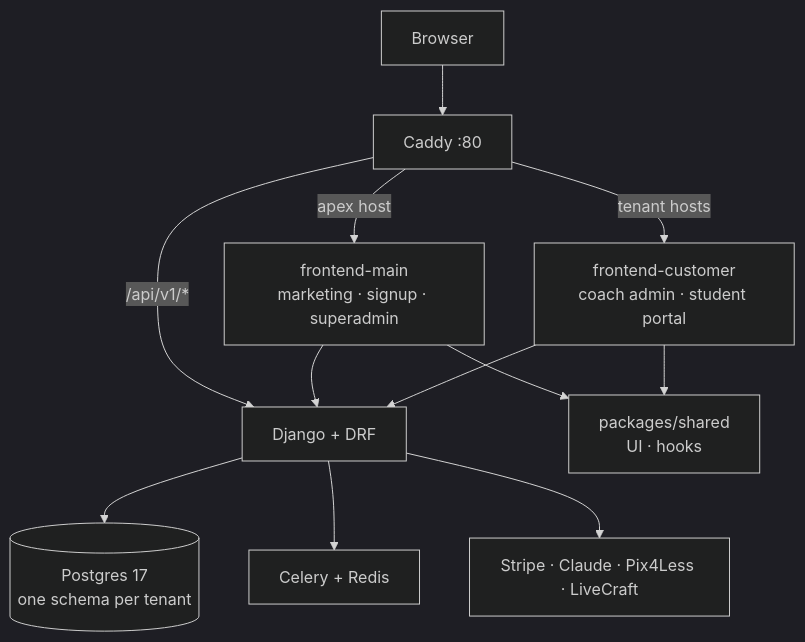
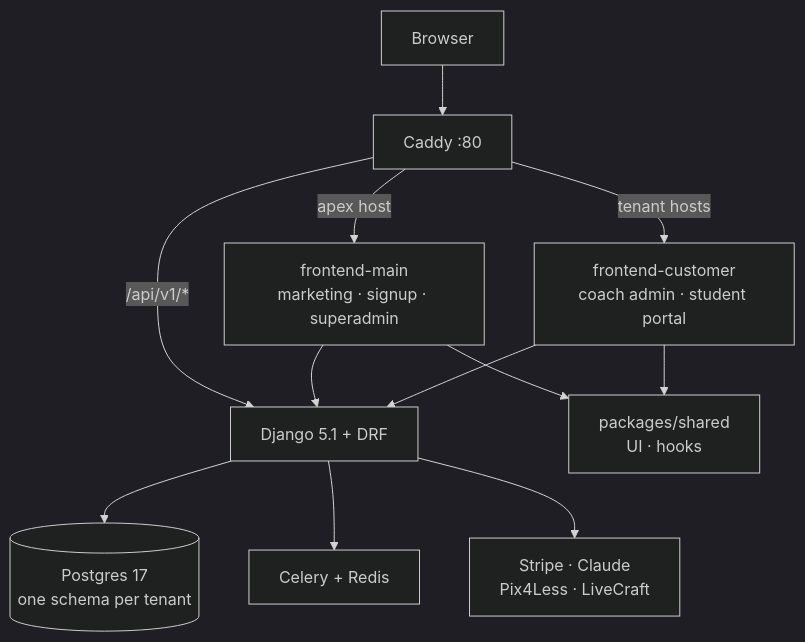
Before and after one commit to tahayusufkomur/contentor: the diagram in docs/wiki/overview.md, drawn with Mermaid (dark theme). The commit also changed other lines of this file and 2 other files, not shown here.

````diff
--- a/docs/wiki/overview.md
+++ b/docs/wiki/overview.md
@@ -13,14 +15,14 @@
 ```mermaid
 graph TD
     B["Browser"] --> C["Caddy :80"]
-    C -->|"apex host"| M["frontend-main<br/>marketing · signup · superadmin"]
-    C -->|"tenant hosts"| T["frontend-customer<br/>coach admin · student portal"]
-    C -->|"/api/v1/*"| D["Django + DRF"]
+    C -->|apex host| M["frontend-main<br/>marketing · signup · superadmin"]
+    C -->|tenant hosts| T["frontend-customer<br/>coach admin · student portal"]
+    C -->|/api/v1/*| D["Django 5.1 + DRF"]
     M --> S["packages/shared<br/>UI · hooks"]
     T --> S
     M --> D
     T --> D
     D --> P[("Postgres 17<br/>one schema per tenant")]
     D --> W["Celery + Redis"]
-    D --> X["Stripe · Claude · Pix4Less · LiveCraft"]
+    D --> X["Stripe · Claude<br/>Pix4Less · LiveCraft"]
 ```
````
